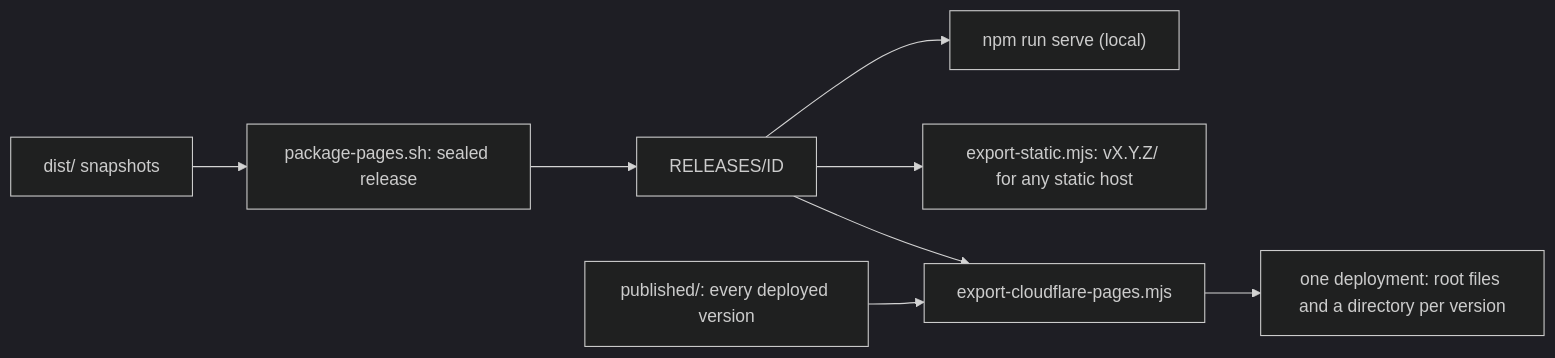
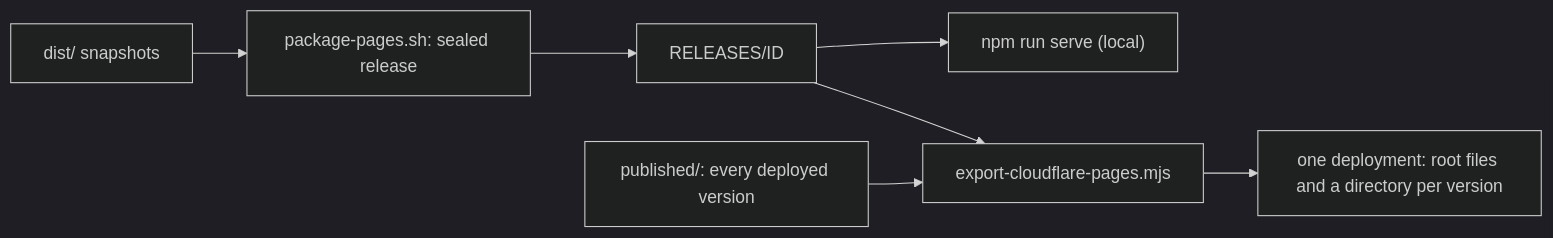
Before and after one commit to daugasauron/dolly: the diagram in docs/deployment.md, drawn with Mermaid (dark theme). The commit also changed other lines of this file and 15 other files, not shown here.

````diff
--- a/docs/deployment.md
+++ b/docs/deployment.md
@@ -11,10 +10,9 @@
 ```mermaid
 flowchart LR
   images["dist/ snapshots"] --> pkg["package-pages.sh: sealed release"]
   pkg --> rel["RELEASES/ID"]
   rel --> serve["npm run serve (local)"]
-  rel --> static["export-static.mjs: vX.Y.Z/ for any static host"]
   rel --> cf["export-cloudflare-pages.mjs"]
   archive["published/: every deployed version"] --> cf
   cf --> deployment["one deployment: root files and a directory per version"]
 ```
````
